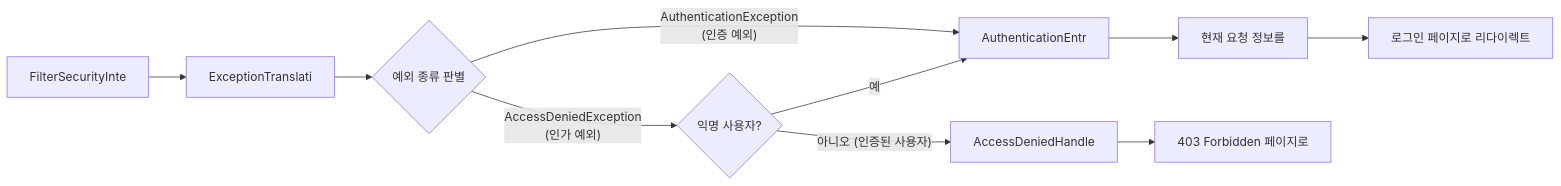
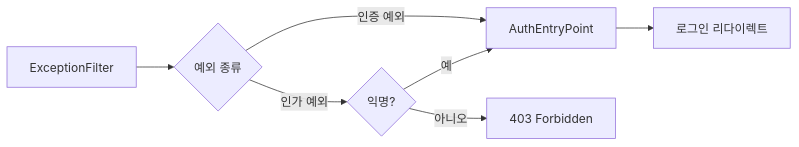
One commit to yjkim2015/yjkim2015.github.io changed the first of 3 diagrams in _posts/security/2021-05-16-예외 처리 및 요청 캐시 필터.md. Above: the diagram before and after it, drawn with Mermaid. The commit also changed 163 other files, not shown here.

First line of the commit message:
Mermaid 300개 블록 내용 축소: 5노드 5엣지 이하, 의미 있는 약어

````diff
--- a/_posts/security/2021-05-16-예외 처리 및 요청 캐시 필터.md
+++ b/_posts/security/2021-05-16-예외 처리 및 요청 캐시 필터.md
@@ -22,12 +22,9 @@
 ```mermaid
-flowchart LR
-    A["FilterSecurityInte"] --> B["ExceptionTranslati"]
-    B --> C{"예외 종류 판별"}
-    C -- "AuthenticationException\n(인증 예외)" --> D["AuthenticationEntr"]
-    C -- "AccessDeniedException\n(인가 예외)" --> E{"익명 사용자?"}
-    E -- "예" --> D
-    E -- "아니오 (인증된 사용자)" --> F["AccessDeniedHandle"]
-    D --> G["현재 요청 정보를"]
-    G --> H["로그인 페이지로 리다이렉트"]
-    F --> I["403 Forbidden 페이지로"]
+graph LR
+    B["ExceptionFilter"] --> C{"예외 종류"}
+    C -->|인증 예외| D["AuthEntryPoint"]
+    C -->|인가 예외| E{"익명?"}
+    E -->|예| D
+    E -->|아니오| F["403 Forbidden"]
+    D --> H["로그인 리다이렉트"]
 ```
````
